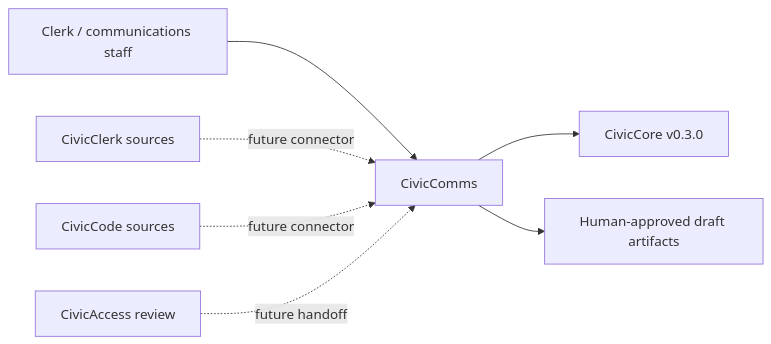
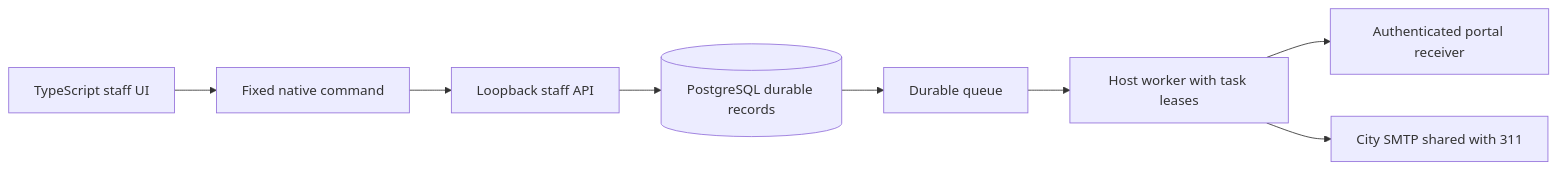
Before and after one commit to townlight/comms: the diagram in USER-MANUAL.md, drawn with Mermaid. The commit also changed other lines of this file and 54 other files, not shown here.

````diff
--- a/USER-MANUAL.md
+++ b/USER-MANUAL.md
@@ -39,9 +34,10 @@
 ```mermaid
 flowchart LR
-  Clerk["Clerk / communications staff"] --> CivicComms["CivicComms"]
-  CivicClerk["CivicClerk sources"] -. future connector .-> CivicComms
-  CivicCode["CivicCode sources"] -. future connector .-> CivicComms
-  CivicAccess["CivicAccess review"] -. future handoff .-> CivicComms
-  CivicComms --> CivicCore["CivicCore v0.3.0"]
-  CivicComms --> Drafts["Human-approved draft artifacts"]
+  UI["TypeScript staff UI"] --> Native["Fixed native command"]
+  Native --> API["Loopback staff API"]
+  API --> DB[("PostgreSQL durable records")]
+  DB --> Queue["Durable queue"]
+  Queue --> Worker["Host worker with task leases"]
+  Worker --> Portal["Authenticated portal receiver"]
+  Worker --> SMTP["City SMTP shared with 311"]
 ```
````
